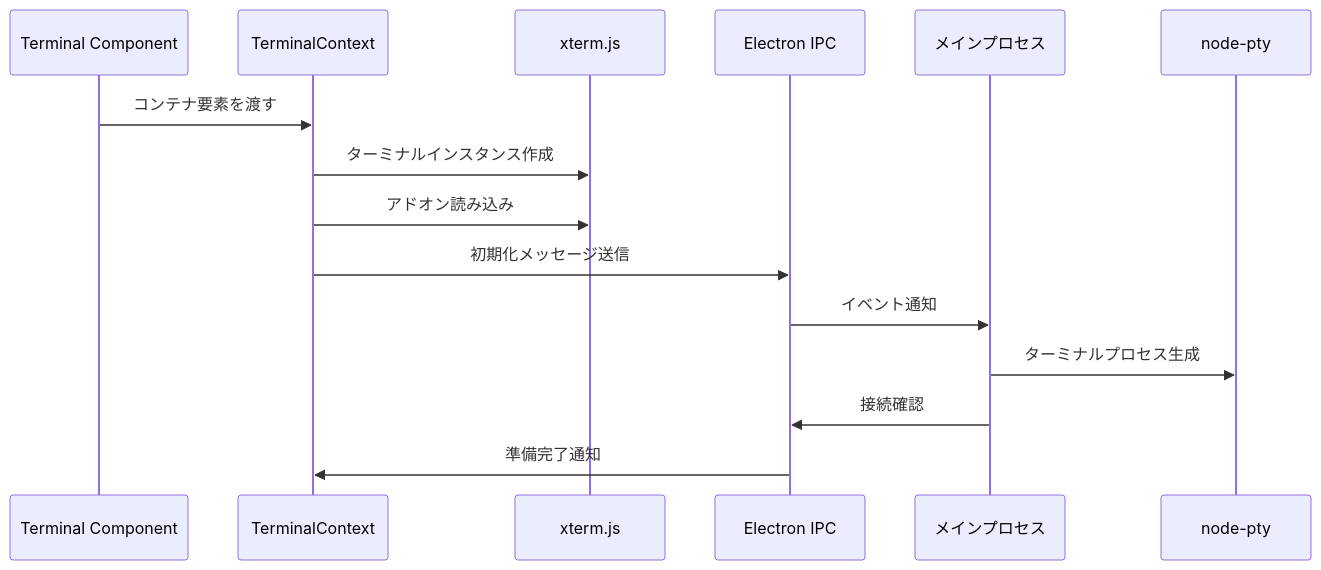
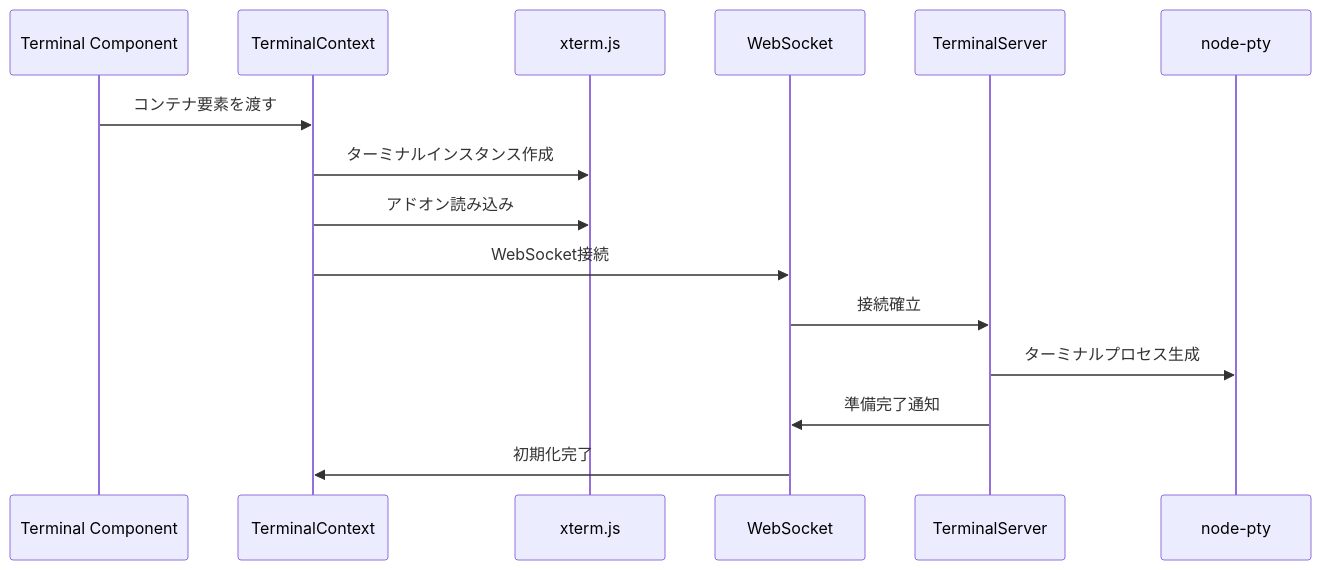
One commit to yuki-matsu783/ExecDock changed the second of 3 diagrams in DEVELOPMENT.md. Above: the diagram before and after it, drawn with Mermaid. The commit also changed other lines of this file and 1 other file, not shown here.

````diff
--- a/DEVELOPMENT.md
+++ b/DEVELOPMENT.md
@@ -97,18 +96,18 @@
    ```mermaid
    sequenceDiagram
        participant T as Terminal Component
        participant TC as TerminalContext
        participant XTerm as xterm.js
-       participant IPC as Electron IPC
-       participant MP as メインプロセス
+       participant WS as WebSocket
+       participant TS as TerminalServer
        participant PTY as node-pty
 
        T->>TC: コンテナ要素を渡す
        TC->>XTerm: ターミナルインスタンス作成
        TC->>XTerm: アドオン読み込み
-       TC->>IPC: 初期化メッセージ送信
-       IPC->>MP: イベント通知
-       MP->>PTY: ターミナルプロセス生成
-       MP->>IPC: 接続確認
-       IPC->>TC: 準備完了通知
+       TC->>WS: WebSocket接続
+       WS->>TS: 接続確立
+       TS->>PTY: ターミナルプロセス生成
+       TS->>WS: 準備完了通知
+       WS->>TC: 初期化完了
    ```
````
